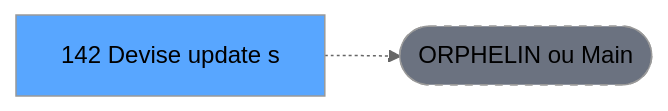
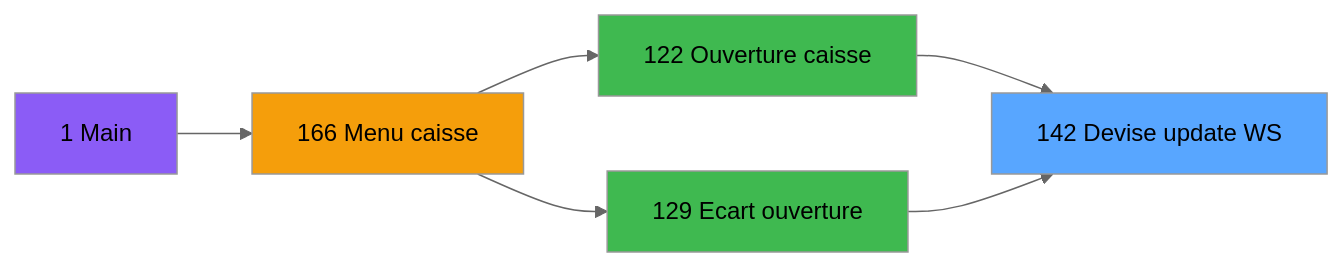
One commit to thonyAGP/magic-migration changed the second of 3 diagrams in .openspec/specs/ADH-IDE-142.md. Above: the diagram before and after it, drawn with Mermaid (neutral theme). The commit also changed other lines of this file and 179 other files, not shown here.

````diff
--- a/.openspec/specs/ADH-IDE-142.md
+++ b/.openspec/specs/ADH-IDE-142.md
@@ -117,8 +168,15 @@
 ```mermaid
 graph LR
-    T[142 Devise update s]
-    ORPHAN([ORPHELIN ou Main])
-    T -.-> ORPHAN
-    style T fill:#58a6ff,color:#000
-    style ORPHAN fill:#6b7280,stroke-dasharray: 5 5
+    M[1 Main]
+    M166[166 Menu caisse]
+    C122[122 Ouverture caisse]
+    C129[129 Ecart ouverture]
+    T[142 Devise update WS]
+    M --> M166 --> C122 --> T
+    M166 --> C129 --> T
+    style T fill:#58a6ff
+    style M fill:#8b5cf6
+    style M166 fill:#f59e0b
+    style C122 fill:#3fb950
+    style C129 fill:#3fb950
 ```
````
